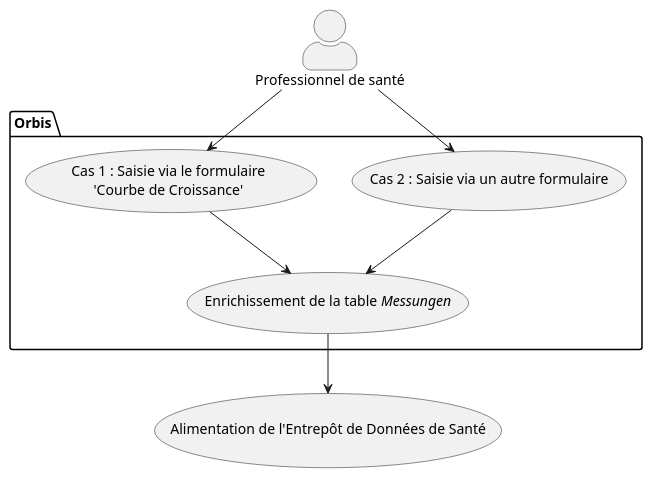
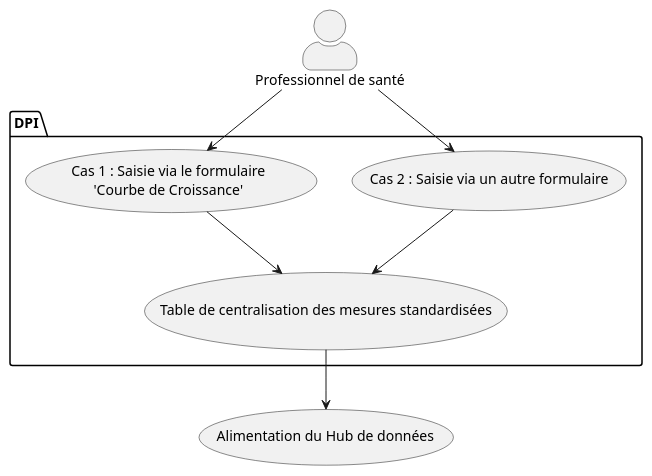
The diagram in input/images-source/processus-production-vital-sign.plantuml (aphp/IG-fhir-dm), drawn with PlantUML before and after one commit. The commit also changed 12 other files, not shown here.

```diff
--- a/input/images-source/processus-production-vital-sign.plantuml
+++ b/input/images-source/processus-production-vital-sign.plantuml
@@ -1,23 +1,23 @@
 @startuml
 
 ' quoique la syntaxe uml des diagrammes de cas d'utilisation soit utiliser, cette figure n'est qu'illustrative. 
 
 skinparam actorStyle awesome
 
 actor :Professionnel de santé: as pds
 
-package Orbis{
+package DPI{
   usecase "Cas 2 : Saisie via un autre formulaire" as form
   usecase "Cas 1 : Saisie via le formulaire\n'Courbe de Croissance'" as cdc
-  usecase "Enrichissement de la table <i>Messungen</i>" as mess
+  usecase "Table de centralisation des mesures standardisées" as mess
 }
 
-usecase "Alimentation de l'Entrepôt de Données de Santé" as eds
+usecase "Alimentation du Hub de données" as eds
 
 pds --> form
 pds --> cdc
 form --> mess
 cdc --> mess
 mess --> eds
 
 @enduml
```
